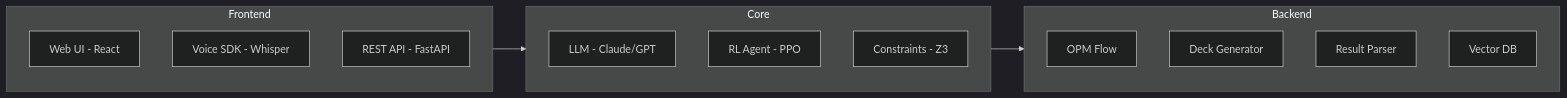
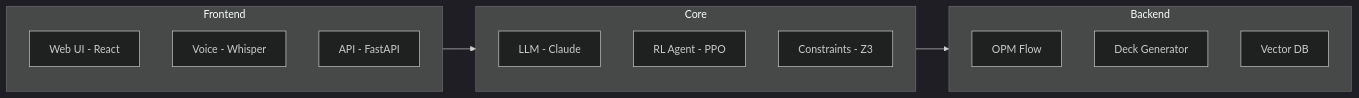
The sixth of 6 diagrams in conference/spe-europe-2026/sources/wolfram/abstract-merged.md (wolfram-laube/clarissa), drawn with Mermaid (dark theme) before and after one commit. The commit also changed other lines of this file, not shown here.

Commit message:
fix: simplify Mermaid diagrams, remove emojis (fixes rendering)

````diff
--- a/conference/spe-europe-2026/sources/wolfram/abstract-merged.md
+++ b/conference/spe-europe-2026/sources/wolfram/abstract-merged.md
@@ -229,24 +256,22 @@
 ```mermaid
 flowchart LR
-    subgraph FRONTEND["Frontend"]
-        A["Web UI - React"]
-        B["Voice SDK - Whisper"]
-        C["REST API - FastAPI"]
+    subgraph FE["Frontend"]
+        A[Web UI - React]
+        B[Voice - Whisper]
+        C[API - FastAPI]
     end
     
     subgraph CORE["Core"]
-        D["LLM - Claude/GPT"]
-        E["RL Agent - PPO"]
-        F["Constraints - Z3"]
+        D[LLM - Claude]
+        E[RL Agent - PPO]
+        F[Constraints - Z3]
     end
     
-    subgraph BACKEND["Backend"]
-        G["OPM Flow"]
-        H["Deck Generator"]
-        I["Result Parser"]
-        J["Vector DB"]
+    subgraph BE["Backend"]
+        G[OPM Flow]
+        H[Deck Generator]
+        I[Vector DB]
     end
 
-    FRONTEND --> CORE
-    CORE --> BACKEND
+    FE --> CORE --> BE
 ```
````
